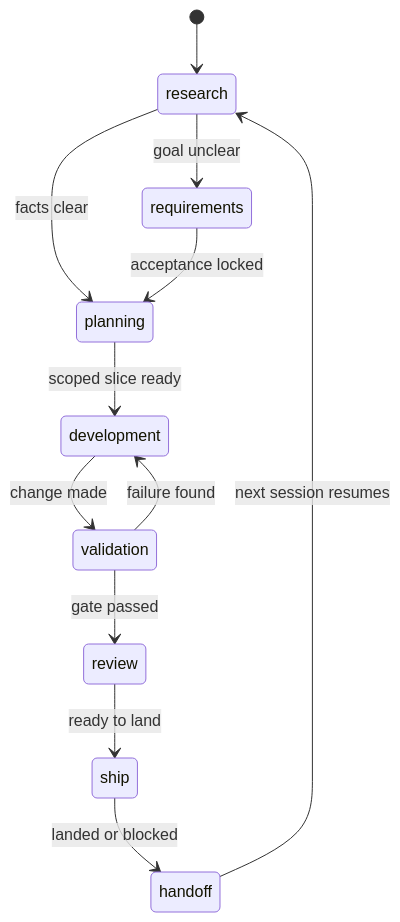
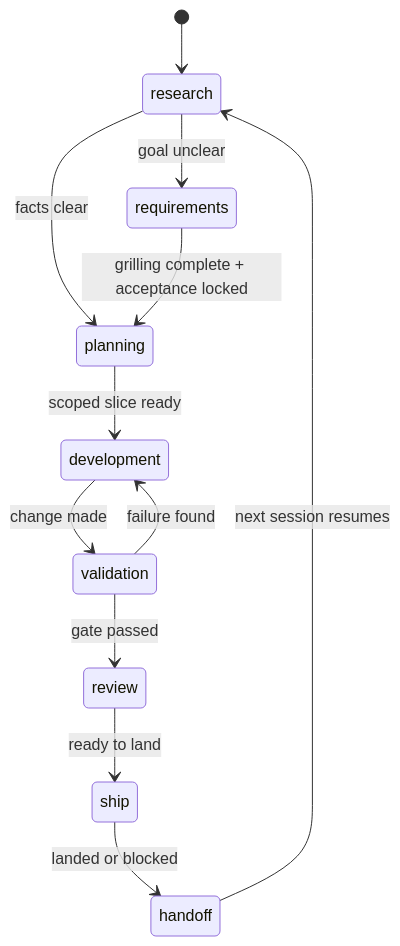
Before and after one commit to bryanzk/MyCodexEnv: the fourth of 8 diagrams in docs/delivery-harness-framework-manual-cn.md, drawn with Mermaid. The commit also changed other lines of this file and 13 other files, not shown here.

````diff
--- a/docs/delivery-harness-framework-manual-cn.md
+++ b/docs/delivery-harness-framework-manual-cn.md
@@ -311,14 +311,14 @@
 ```mermaid
 stateDiagram-v2
   [*] --> research
   research --> requirements: goal unclear
   research --> planning: facts clear
-  requirements --> planning: acceptance locked
+  requirements --> planning: grilling complete + acceptance locked
   planning --> development: scoped slice ready
   development --> validation: change made
   validation --> review: gate passed
   validation --> development: failure found
   review --> ship: ready to land
   ship --> handoff: landed or blocked
   handoff --> research: next session resumes
 ```
````
